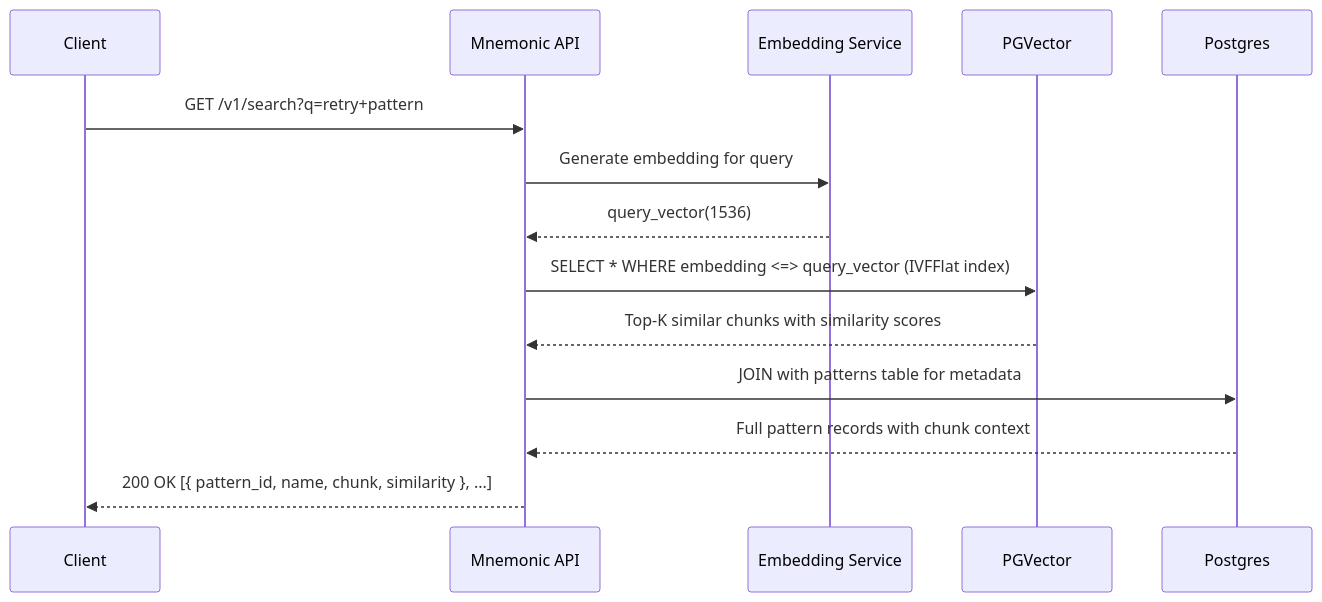
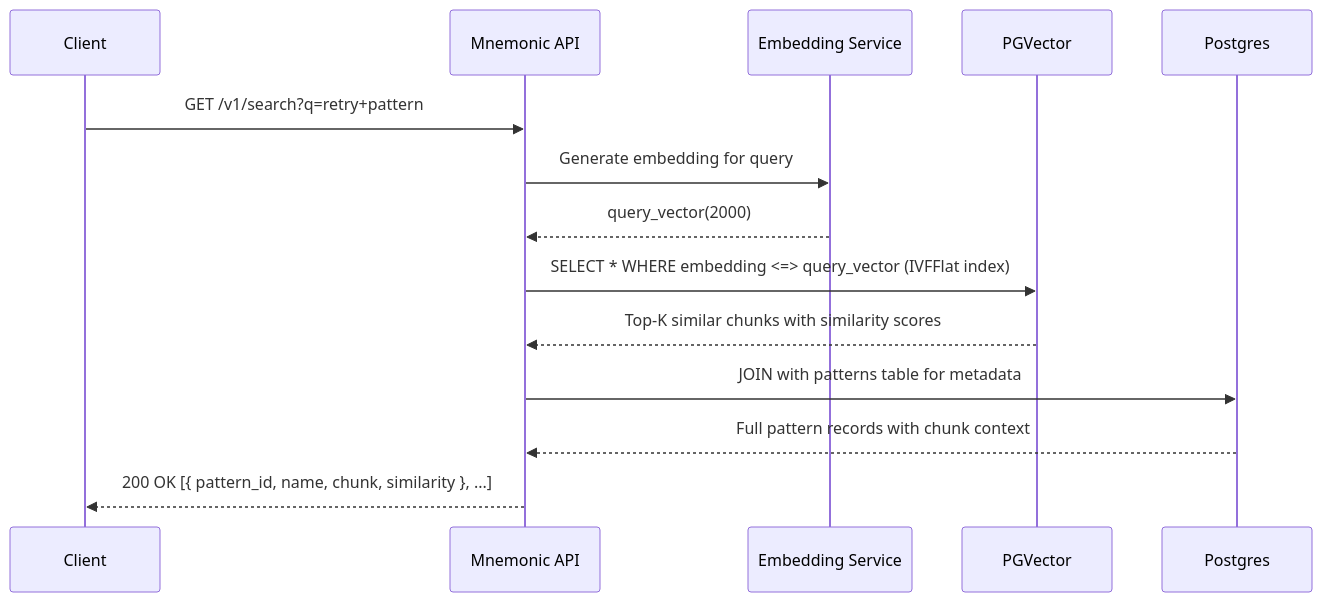
Before and after one commit to twistingmercury/mnemonic-docs: the seventh of 8 diagrams in docs/architecture/system/04-data-architecture.md, drawn with Mermaid. The commit also changed other lines of this file and 3 other files, not shown here.

````diff
--- a/docs/architecture/system/04-data-architecture.md
+++ b/docs/architecture/system/04-data-architecture.md
@@ -571,17 +571,17 @@
 ```mermaid
 sequenceDiagram
     participant CLIENT as Client
     participant API as Mnemonic API
     participant EMBED as Embedding Service
     participant PGV as PGVector
     participant PG as Postgres
 
     CLIENT->>API: GET /v1/search?q=retry+pattern
     API->>EMBED: Generate embedding for query
-    EMBED-->>API: query_vector(1536)
+    EMBED-->>API: query_vector(2000)
     API->>PGV: SELECT * WHERE embedding <=> query_vector (IVFFlat index)
     PGV-->>API: Top-K similar chunks with similarity scores
     API->>PG: JOIN with patterns table for metadata
     PG-->>API: Full pattern records with chunk context
     API-->>CLIENT: 200 OK [{ pattern_id, name, chunk, similarity }, ...]
 ```
````
